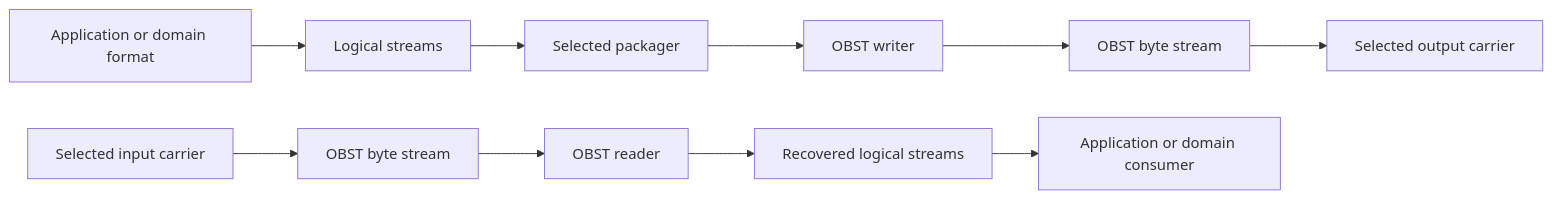
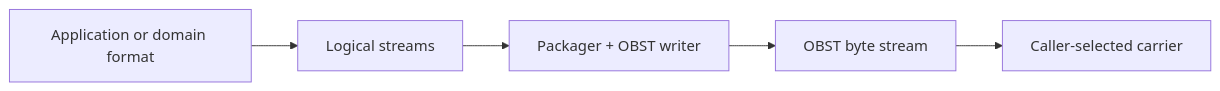
The fourth of 4 diagrams in docs/anatomy.md (SmolBlackHole/Obst), drawn with Mermaid before and after one commit. The commit also changed other lines of this file and 73 other files, not shown here.

````diff
--- a/docs/anatomy.md
+++ b/docs/anatomy.md
@@ -240,13 +197,7 @@
 ```mermaid
 flowchart LR
-    DomainIn["Application or domain format"] --> LogicalIn["Logical streams"]
-    LogicalIn --> Packager["Selected packager"]
-    Packager --> Writer["OBST writer"]
-    Writer --> ContainerBytes["OBST byte stream"]
-    ContainerBytes --> OutputCarrier["Selected output carrier"]
-
-    InputCarrier["Selected input carrier"] --> ContainerBytesIn["OBST byte stream"]
-    ContainerBytesIn --> Reader["OBST reader"]
-    Reader --> LogicalOut["Recovered logical streams"]
-    LogicalOut --> DomainOut["Application or domain consumer"]
+    Domain["Application or domain format"] --> Logical["Logical streams"]
+    Logical --> Writer["Packager + OBST writer"]
+    Writer --> Bytes["OBST byte stream"]
+    Bytes --> Carrier["Caller-selected carrier"]
 ```
````
